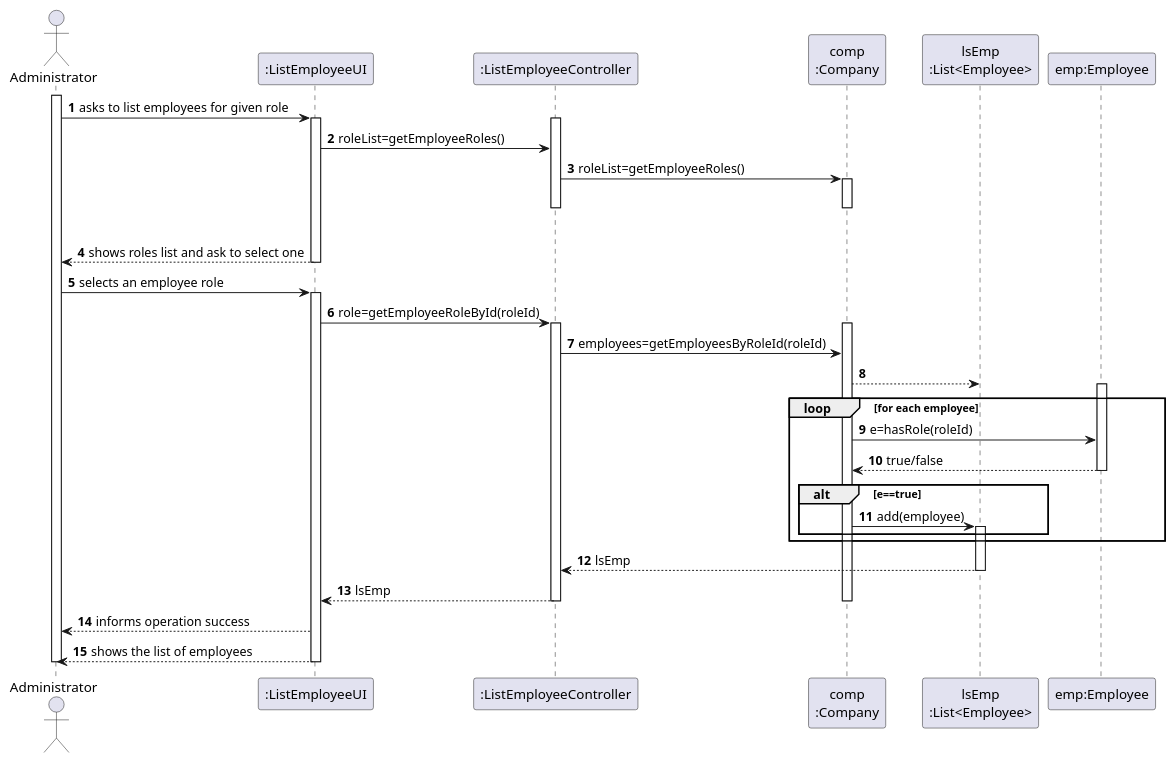
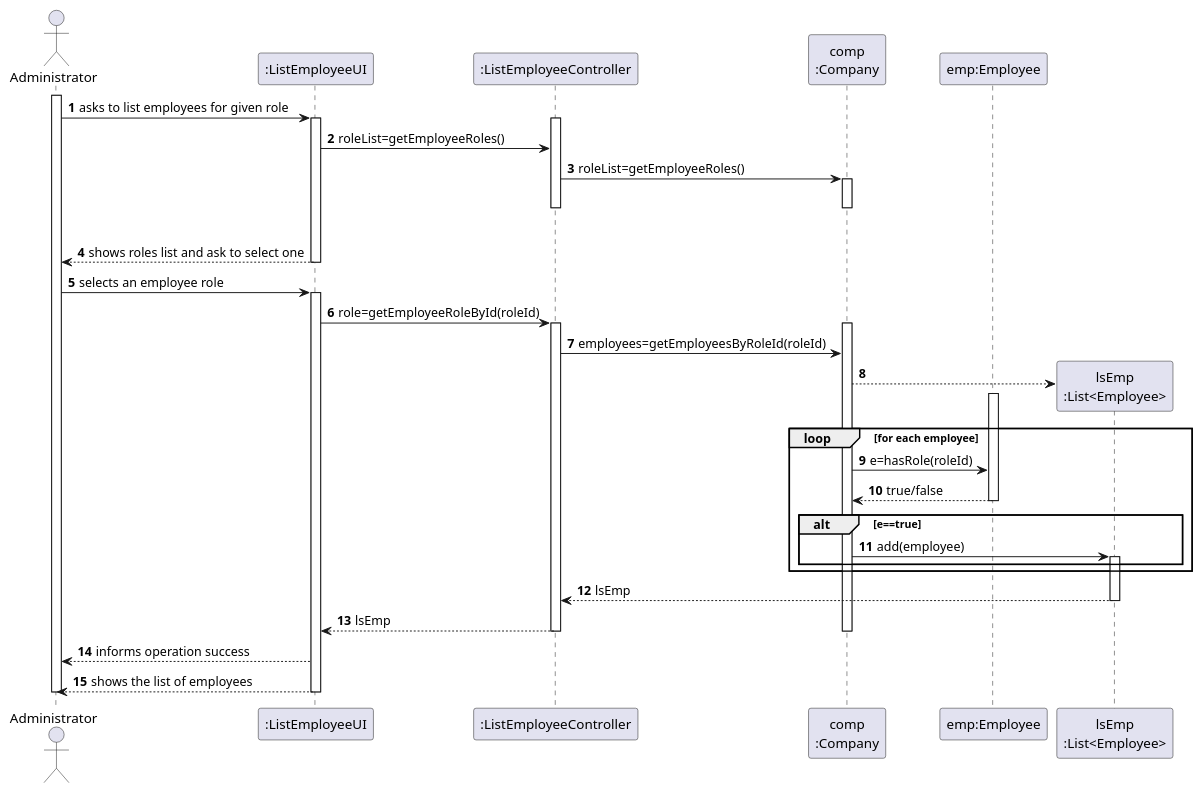
The diagram in docs/SprintB/US11/SD/US11_SD.puml (miseEnPlace-i/lapr2), drawn with PlantUML before and after one commit.

Commit message:
docs(US11): updated SD

```diff
--- a/docs/SprintB/US11/SD/US11_SD.puml
+++ b/docs/SprintB/US11/SD/US11_SD.puml
@@ -1,62 +1,62 @@
 @startuml
 autonumber
 'hide footbox
 actor "Administrator" as ADM
 
 participant ":ListEmployeeUI" as UI
 participant ":ListEmployeeController" as CTRL
 participant "comp\n:Company" as COMP
-participant "lsEmp\n:List<Employee>" as LST
 participant "emp:Employee" as EMP
 
 activate ADM
 ADM -> UI : asks to list employees for given role
 activate UI
 activate CTRL
 UI -> CTRL : roleList=getEmployeeRoles()
 
 CTRL -> COMP : roleList=getEmployeeRoles()
 activate COMP
 |||
 deactivate COMP
 deactivate CTRL
 
 UI --> ADM : shows roles list and ask to select one
 deactivate UI
 
 ADM -> UI : selects an employee role
 activate UI
 
 UI -> CTRL : role=getEmployeeRoleById(roleId)
 activate CTRL
 
 activate COMP
 CTRL -> COMP: employees=getEmployeesByRoleId(roleId)
+create "lsEmp\n:List<Employee>" as LST
 COMP --> LST
 
 loop for each employee
   activate EMP
     COMP -> EMP: e=hasRole(roleId)
     EMP --> COMP: true/false
   deactivate EMP
     alt e==true
         COMP -> LST: add(employee)
       activate LST
     end
 end
 
 LST --> CTRL: lsEmp
 deactivate LST
 CTRL --> UI: lsEmp
 
 deactivate COMP
 deactivate CTRL
 UI --> ADM : informs operation success
 UI --> ADM: shows the list of employees
 deactivate UI
 
 deactivate UI
 deactivate CTRL
 deactivate ADM
 
 @enduml
```
